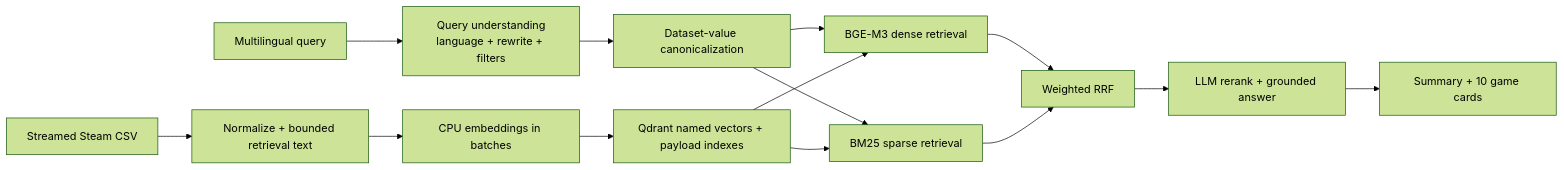
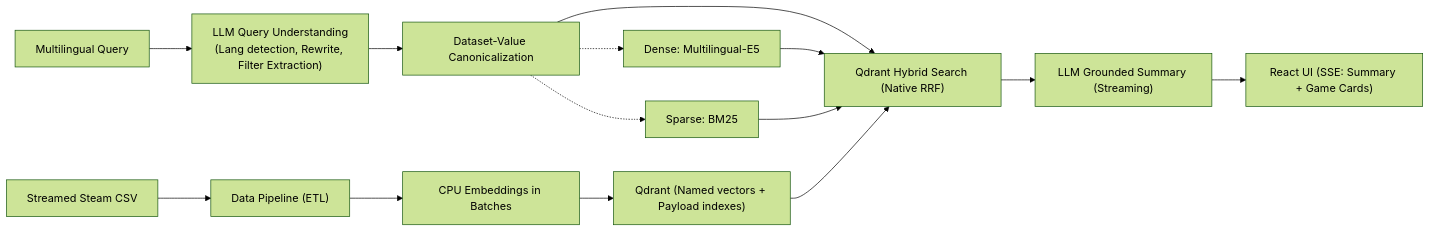
One commit to parovozUA/steam-games-rag changed the diagram in README.md. Above: the diagram before and after it, drawn with Mermaid (forest theme). The commit also changed other lines of this file and 46 other files, not shown here.

First line of the commit message:
feat(rag): implement end-to-end hybrid search pipeline, evaluation suite, and UI

````diff
--- a/README.md
+++ b/README.md
@@ -7,16 +30,17 @@
 ```mermaid
 flowchart LR
-  U["Multilingual query"] --> Q["Query understanding<br/>language + rewrite + filters"]
-  Q --> C["Dataset-value canonicalization"]
-  C --> D["BGE-M3 dense retrieval"]
-  C --> B["BM25 sparse retrieval"]
-  D --> F["Weighted RRF"]
-  B --> F
-  F --> R["LLM rerank + grounded answer"]
-  R --> A["Summary + 10 game cards"]
-  CSV["Streamed Steam CSV"] --> N["Normalize + bounded retrieval text"]
-  N --> E["CPU embeddings in batches"]
-  E --> V["Qdrant named vectors + payload indexes"]
-  V --> D
-  V --> B
+  U["Multilingual Query"] --> Q["LLM Query Understanding<br/>(Lang detection, Rewrite, Filter Extraction)"]
+  Q --> C["Dataset-Value Canonicalization"]
+  C --> H["Qdrant Hybrid Search (Native RRF)"]
+  C -.-> D["Dense: Multilingual-E5"]
+  C -.-> B["Sparse: BM25"]
+  D --> H
+  B --> H
+  H --> R["LLM Grounded Summary (Streaming)"]
+  R --> A["React UI (SSE: Summary + Game Cards)"]
+  
+  CSV["Streamed Steam CSV"] --> N["Data Pipeline (ETL)"]
+  N --> E["CPU Embeddings in Batches"]
+  E --> V["Qdrant (Named vectors + Payload indexes)"]
+  V --> H
 ```
````
